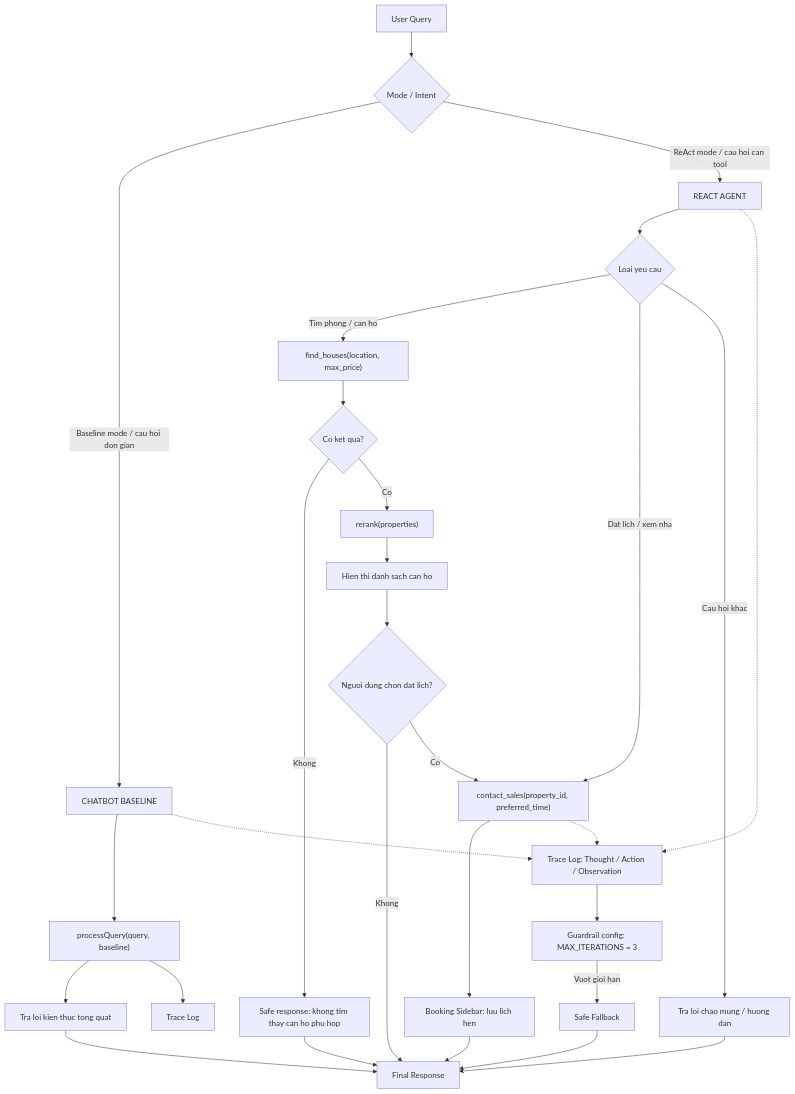
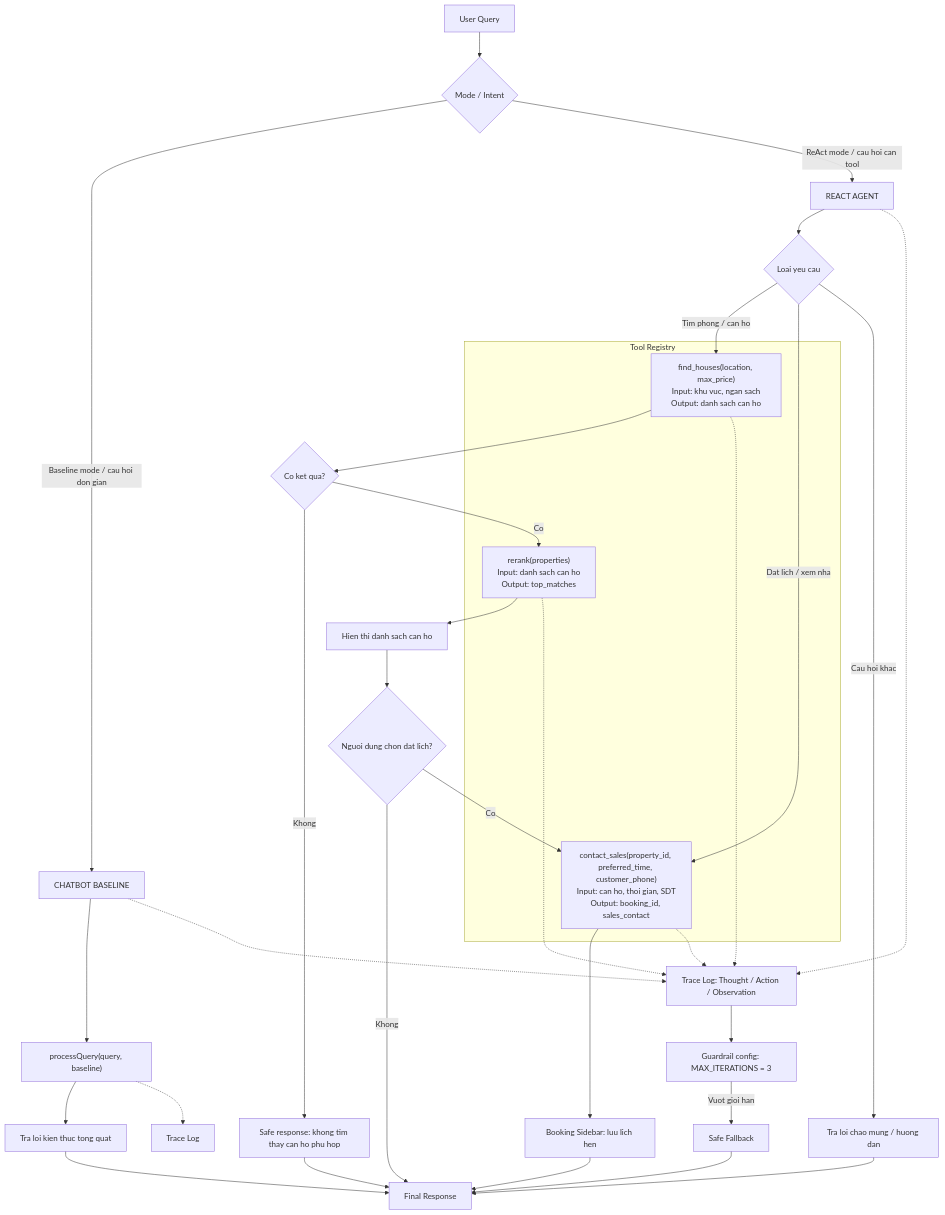
Before and after one commit to lbngyn/K3-Day03-Lab-Chatbot-vs-react-agent-E403: the diagram in docs/hybrid_flowchart.mermaid, drawn with Mermaid. The commit also changed 2 other files, not shown here.

Commit message:
Moc 4: Cross Audit & Hybrid Flowchart Hoan thanh

```diff
--- a/docs/hybrid_flowchart.mermaid
+++ b/docs/hybrid_flowchart.mermaid
@@ -1,41 +1,49 @@
 %% Hybrid Flowchart cho UI React Agent Dashboard
 %% Khop voi ui/src/utils/reactAgentSimulator.js va ui/src/data/toolsRegistry.js
 
 flowchart TD
     A["User Query"] --> B{"Mode / Intent"}
 
     %% Chatbot Baseline: phan hoi sach, khong goi tool
     B -->|"Baseline mode / cau hoi don gian"| C["CHATBOT BASELINE"]
     C --> D["processQuery(query, baseline)"]
     D --> E["Tra loi kien thuc tong quat"]
     E --> Z["Final Response"]
-    D --> T["Trace Log"]
+    D -.-> T["Trace Log"]
 
-    %% ReAct Agent: tim nha, xep hang va dat lich xem
+    %% ReAct Agent: phan tich yeu cau va chon tool tu registry
     B -->|"ReAct mode / cau hoi can tool"| F["REACT AGENT"]
     F --> G{"Loai yeu cau"}
 
-    G -->|"Tim phong / can ho"| H["find_houses(location, max_price)"]
+    subgraph Tool_Registry ["Tool Registry"]
+        H["find_houses(location, max_price)<br/>Input: khu vuc, ngan sach<br/>Output: danh sach can ho"]
+        J["rerank(properties)<br/>Input: danh sach can ho<br/>Output: top_matches"]
+        M["contact_sales(property_id, preferred_time, customer_phone)<br/>Input: can ho, thoi gian, SDT<br/>Output: booking_id, sales_contact"]
+    end
+
+    G -->|"Tim phong / can ho"| H
     H --> I{"Co ket qua?"}
     I -->|"Khong"| N["Safe response: khong tim thay can ho phu hop"]
     N --> Z
-    I -->|"Co"| J["rerank(properties)"]
+    I -->|"Co"| J
     J --> K["Hien thi danh sach can ho"]
     K --> L{"Nguoi dung chon dat lich?"}
     L -->|"Khong"| Z
-    L -->|"Co"| M["contact_sales(property_id, preferred_time)"]
+    L -->|"Co"| M
 
     G -->|"Dat lich / xem nha"| M
     M --> P["Booking Sidebar: luu lich hen"]
     P --> Z
 
     G -->|"Cau hoi khac"| Q["Tra loi chao mung / huong dan"]
     Q --> Z
 
     %% Quan sat va guardrail duoc hien thi trong dashboard
     F -.-> R["Trace Log: Thought / Action / Observation"]
     C -.-> R
+    H -.-> R
+    J -.-> R
     M -.-> R
     R --> S["Guardrail config: MAX_ITERATIONS = 3"]
     S -->|"Vuot gioi han"| U["Safe Fallback"]
     U --> Z
```
